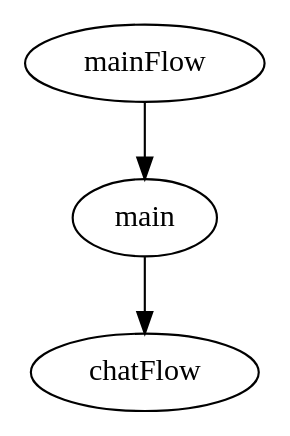
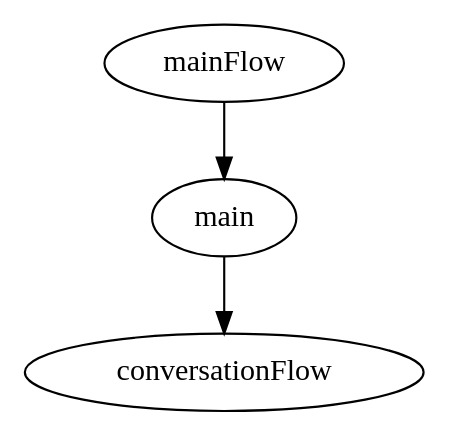
The diagram in feature/main/routing/src/main/way/main_flow.dot (DeveloperPalmer/clarify-android), drawn with Graphviz before and after one commit. The commit also changed 145 other files, not shown here.

```diff
--- a/feature/main/routing/src/main/way/main_flow.dot
+++ b/feature/main/routing/src/main/way/main_flow.dot
@@ -1,13 +1,13 @@
 digraph MainFlow {
   package = "ru.sla.clarify.feature.main.routing"
 
   mainFlow [
     type = "flow"
   ]
 
-  chatFlow [
+  conversationFlow [
     type = "schema"
   ]
 
-  mainFlow -> main -> chatFlow
+  mainFlow -> main -> conversationFlow
 }
```
